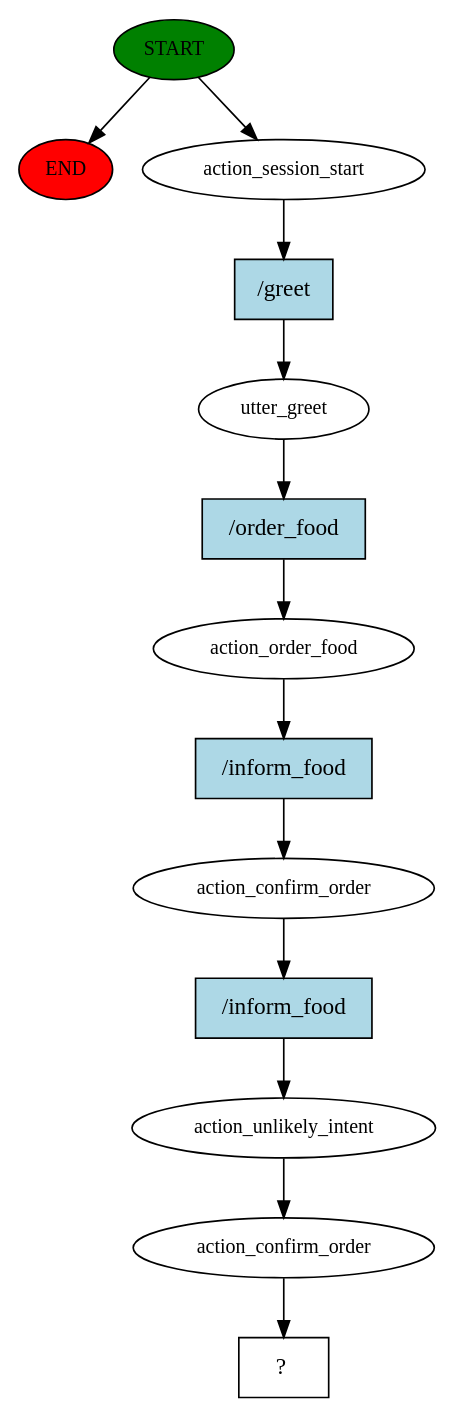
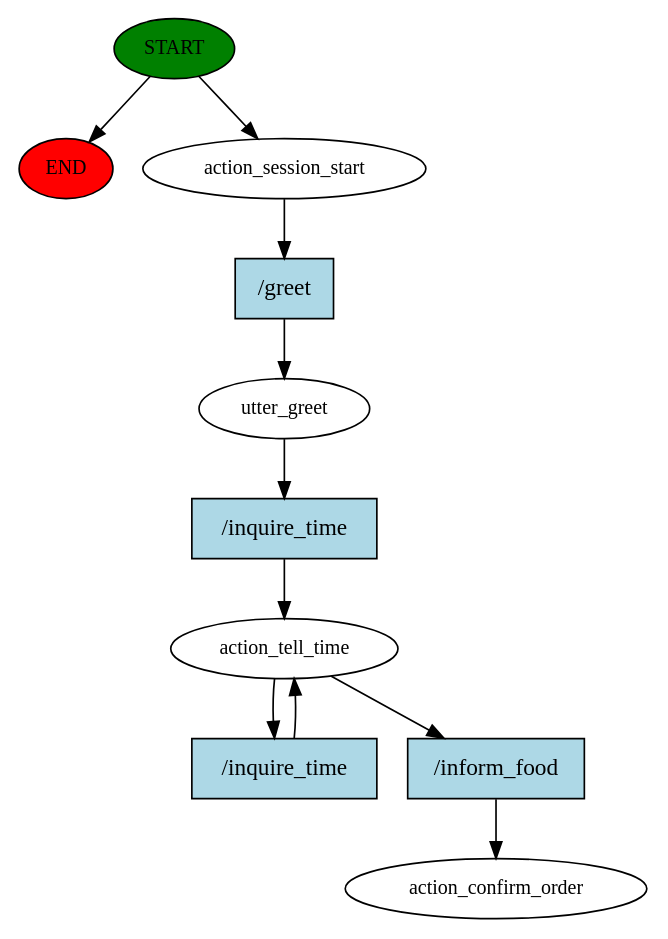
One commit to AlvinWong7896/rasaFirst changed the diagram in story_graph.dot. Above: the diagram before and after it, drawn with Graphviz. The commit also changed 6 other files, not shown here.

```diff
--- a/story_graph.dot
+++ b/story_graph.dot
@@ -1,27 +1,22 @@
 digraph  {
 0 [class="start active", fillcolor=green, fontsize=12, label=START, style=filled];
 "-1" [class=end, fillcolor=red, fontsize=12, label=END, style=filled];
 1 [class=active, fontsize=12, label=action_session_start];
 2 [class=active, fontsize=12, label=utter_greet];
-3 [class=active, fontsize=12, label=action_order_food];
-4 [class=active, fontsize=12, label=action_confirm_order];
-5 [class=active, fontsize=12, label=action_unlikely_intent];
-6 [class=active, fontsize=12, label=action_confirm_order];
-7 [class="intent dashed active", label="  ?  ", shape=rect];
-8 [class="intent active", fillcolor=lightblue, label="/greet", shape=rect, style=filled];
-9 [class="intent active", fillcolor=lightblue, label="/order_food", shape=rect, style=filled];
+3 [class=active, fontsize=12, label=action_tell_time];
+6 [class="dashed active", fontsize=12, label=action_confirm_order];
+7 [class="intent active", fillcolor=lightblue, label="/greet", shape=rect, style=filled];
+8 [class="intent active", fillcolor=lightblue, label="/inquire_time", shape=rect, style=filled];
+9 [class="intent active", fillcolor=lightblue, label="/inquire_time", shape=rect, style=filled];
 10 [class="intent active", fillcolor=lightblue, label="/inform_food", shape=rect, style=filled];
-11 [class="intent active", fillcolor=lightblue, label="/inform_food", shape=rect, style=filled];
 0 -> "-1"  [class="", key=NONE, label=""];
 0 -> 1  [class=active, key=NONE, label=""];
-1 -> 8  [class=active, key=0];
-2 -> 9  [class=active, key=0];
+1 -> 7  [class=active, key=0];
+2 -> 8  [class=active, key=0];
+3 -> 9  [class=active, key=0];
 3 -> 10  [class=active, key=0];
-4 -> 11  [class=active, key=0];
-5 -> 6  [class=active, key=NONE, label=""];
-6 -> 7  [class=active, key=NONE, label=""];
-8 -> 2  [class=active, key=0];
+7 -> 2  [class=active, key=0];
+8 -> 3  [class=active, key=0];
 9 -> 3  [class=active, key=0];
-10 -> 4  [class=active, key=0];
-11 -> 5  [class=active, key=0];
+10 -> 6  [class=active, key=0];
 }
```
